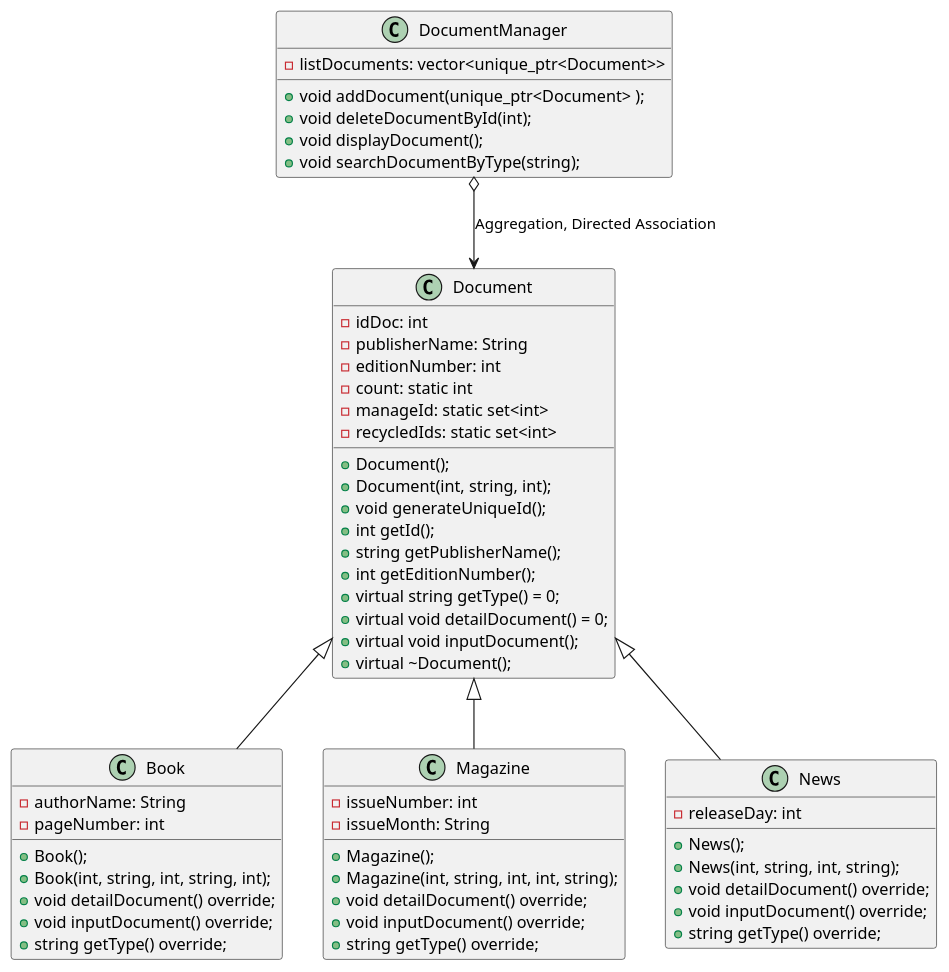
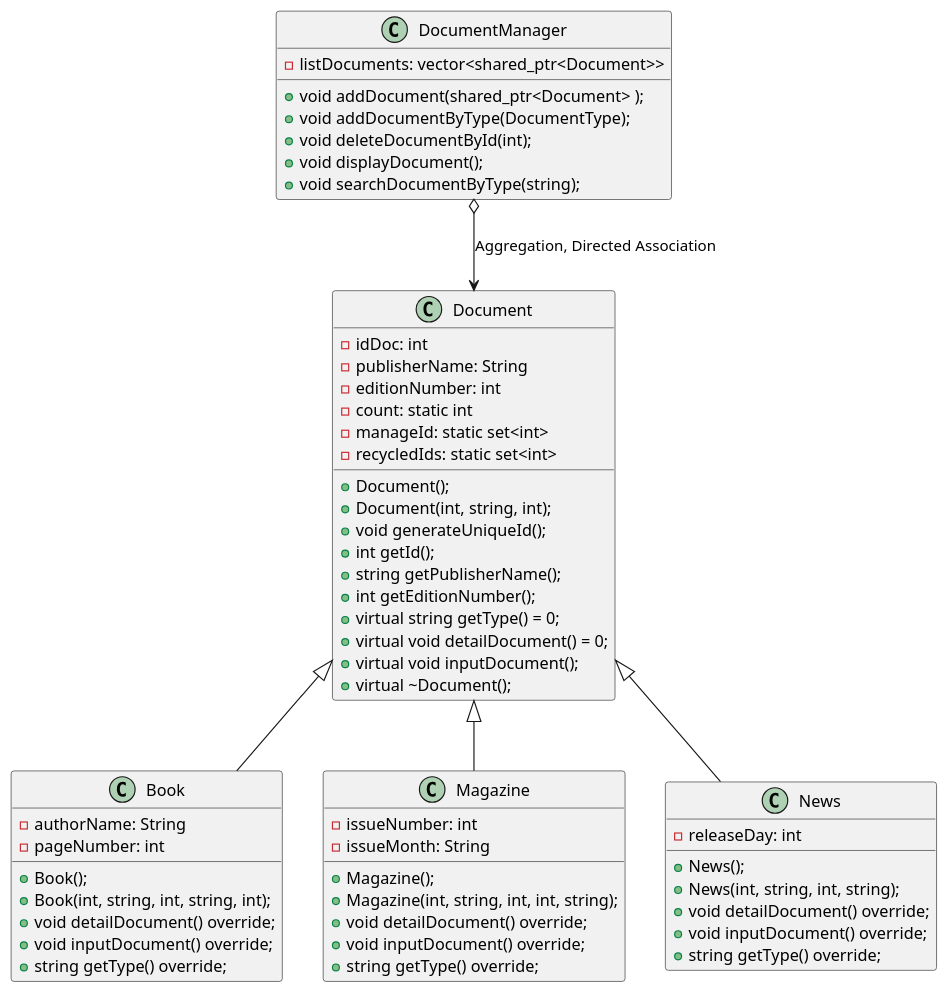
One commit to baobluebird/Basic-C-Cplusplus changed the diagram in .Assigment/OOP/ex2/diagram/diagram.wsd. Above: the diagram before and after it, drawn with PlantUML. The commit also changed 52 other files, not shown here.

```diff
--- a/.Assigment/OOP/ex2/diagram/diagram.wsd
+++ b/.Assigment/OOP/ex2/diagram/diagram.wsd
@@ -1,63 +1,64 @@
 @startuml
 
 class Document{
   - idDoc: int
   - publisherName: String
   - editionNumber: int
   - count: static int
   - manageId: static set<int>
   - recycledIds: static set<int>
   + Document();
   + Document(int, string, int);
   + void generateUniqueId();
   + int getId();
   + string getPublisherName();
   + int getEditionNumber();
   + virtual string getType() = 0;
   + virtual void detailDocument() = 0;
   + virtual void inputDocument();
   + virtual ~Document();
 }
 
 class Book{
   - authorName: String
   - pageNumber: int
   + Book();
   + Book(int, string, int, string, int);
   + void detailDocument() override;
   + void inputDocument() override;
   + string getType() override;
 }
 
 class Magazine{
   - issueNumber: int
   - issueMonth: String
   + Magazine();
   + Magazine(int, string, int, int, string);
   + void detailDocument() override;
   + void inputDocument() override;
   + string getType() override;
 }
 
 class News{
   - releaseDay: int
   + News();
   + News(int, string, int, string);
   + void detailDocument() override;
   + void inputDocument() override;
   + string getType() override;
 }
 
 class DocumentManager {
-  - listDocuments: vector<unique_ptr<Document>>
-  + void addDocument(unique_ptr<Document> );
+  - listDocuments: vector<shared_ptr<Document>>
+  + void addDocument(shared_ptr<Document> );
+  + void addDocumentByType(DocumentType);
   + void deleteDocumentById(int);
   + void displayDocument();
   + void searchDocumentByType(string);
 }
 
 Document <|-- Book
 Document <|-- Magazine
 Document <|-- News
 DocumentManager o--> Document : Aggregation, Directed Association
 @enduml
```
